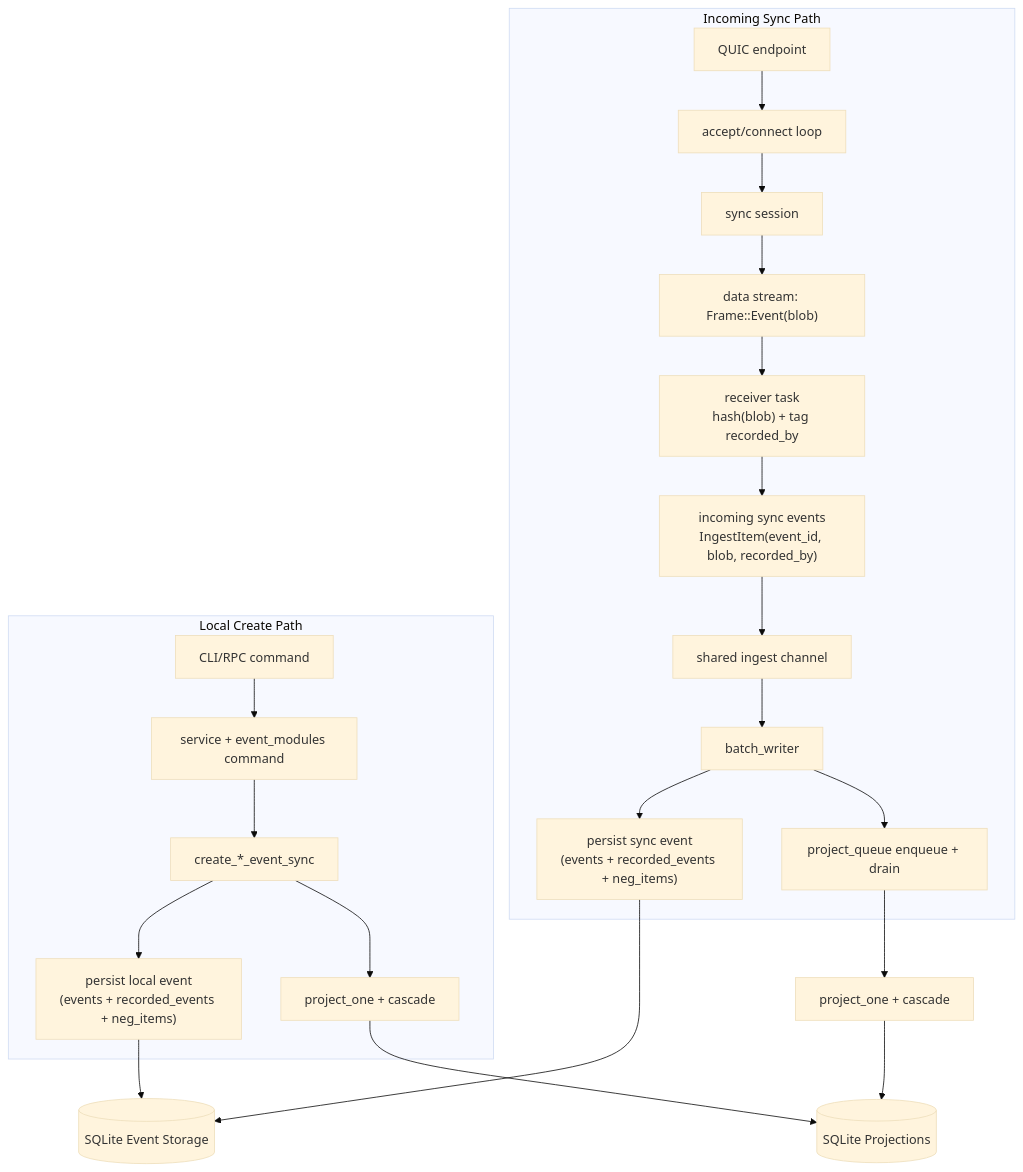
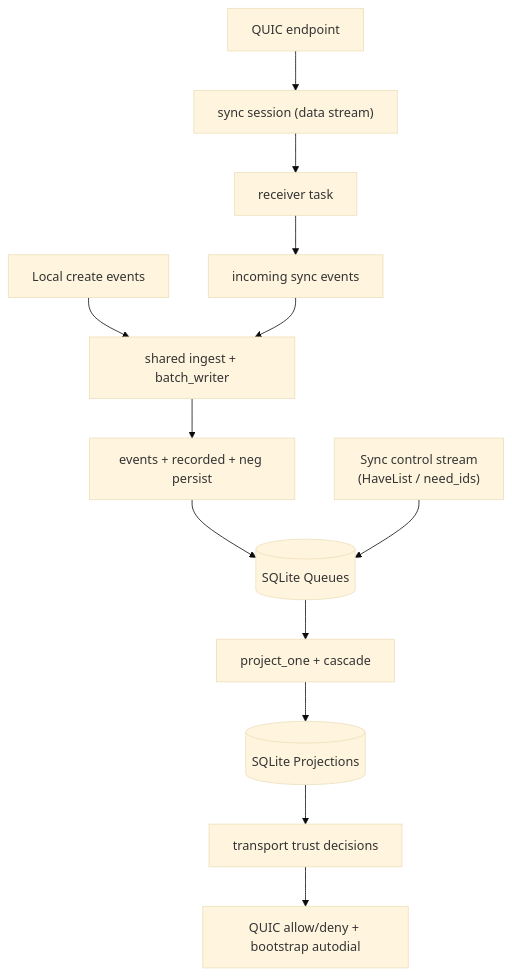
One commit to holmesworcester/topo changed the fifth of 5 diagrams in docs/CURRENT_RUNTIME_DIAGRAM.md. Above: the diagram before and after it, drawn with Mermaid (base theme).

Commit message:
Simplify draft diagram and clarify QUIC incoming event source

````diff
--- a/docs/CURRENT_RUNTIME_DIAGRAM.md
+++ b/docs/CURRENT_RUNTIME_DIAGRAM.md
@@ -124,27 +124,18 @@
 ```mermaid
 flowchart TD
-    subgraph LOCAL_PATH["Local Create Path"]
-        CLI_CMD["CLI/RPC command"] --> SVC_CMD["service + event_modules command"]
-        SVC_CMD --> CREATE["create_*_event_sync"]
-        CREATE --> LOCAL_STORE["persist local event\n(events + recorded_events + neg_items)"]
-        CREATE --> LOCAL_PROJ["project_one + cascade"]
-    end
+    LOCAL["Local create events"] --> INGEST["shared ingest + batch_writer"]
 
-    subgraph SYNC_PATH["Incoming Sync Path"]
-        QUIC["QUIC endpoint"] --> LOOP["accept/connect loop"]
-        LOOP --> SESS["sync session"]
-        SESS --> DATA_IN["data stream: Frame::Event(blob)"]
-        DATA_IN --> RECV["receiver task\nhash(blob) + tag recorded_by"]
-        RECV --> INCOMING["incoming sync events\nIngestItem(event_id, blob, recorded_by)"]
-        INCOMING --> INGEST_CH["shared ingest channel"]
-        INGEST_CH --> WRITER["batch_writer"]
-        WRITER --> SYNC_STORE["persist sync event\n(events + recorded_events + neg_items)"]
-        WRITER --> PQ["project_queue enqueue + drain"]
-    end
+    QUIC["QUIC endpoint"] --> SESS["sync session (data stream)"]
+    SESS --> RECV["receiver task"]
+    RECV --> INCOMING["incoming sync events"]
+    INCOMING --> INGEST
 
-    LOCAL_STORE --> EVENT_DB[("SQLite Event Storage")]
-    SYNC_STORE --> EVENT_DB
-    PQ --> APPLY["project_one + cascade"]
-    LOCAL_PROJ --> PROJ_DB[("SQLite Projections")]
-    APPLY --> PROJ_DB
+    INGEST --> STORE["events + recorded + neg persist"]
+    STORE --> QDB[("SQLite Queues")]
+    QDB --> APPLY["project_one + cascade"]
+    APPLY --> PDB[("SQLite Projections")]
+
+    CTRL["Sync control stream\n(HaveList / need_ids)"] --> QDB
+    PDB --> TRUST["transport trust decisions"]
+    TRUST --> NET["QUIC allow/deny + bootstrap autodial"]
 ```
````
